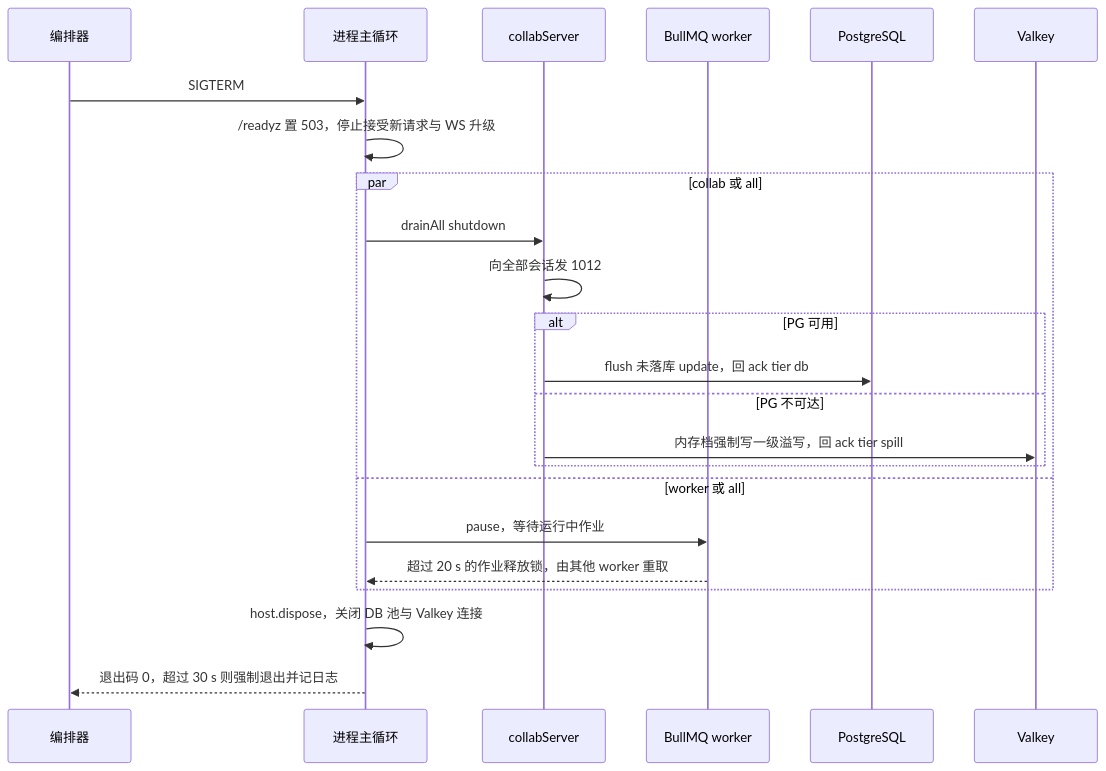
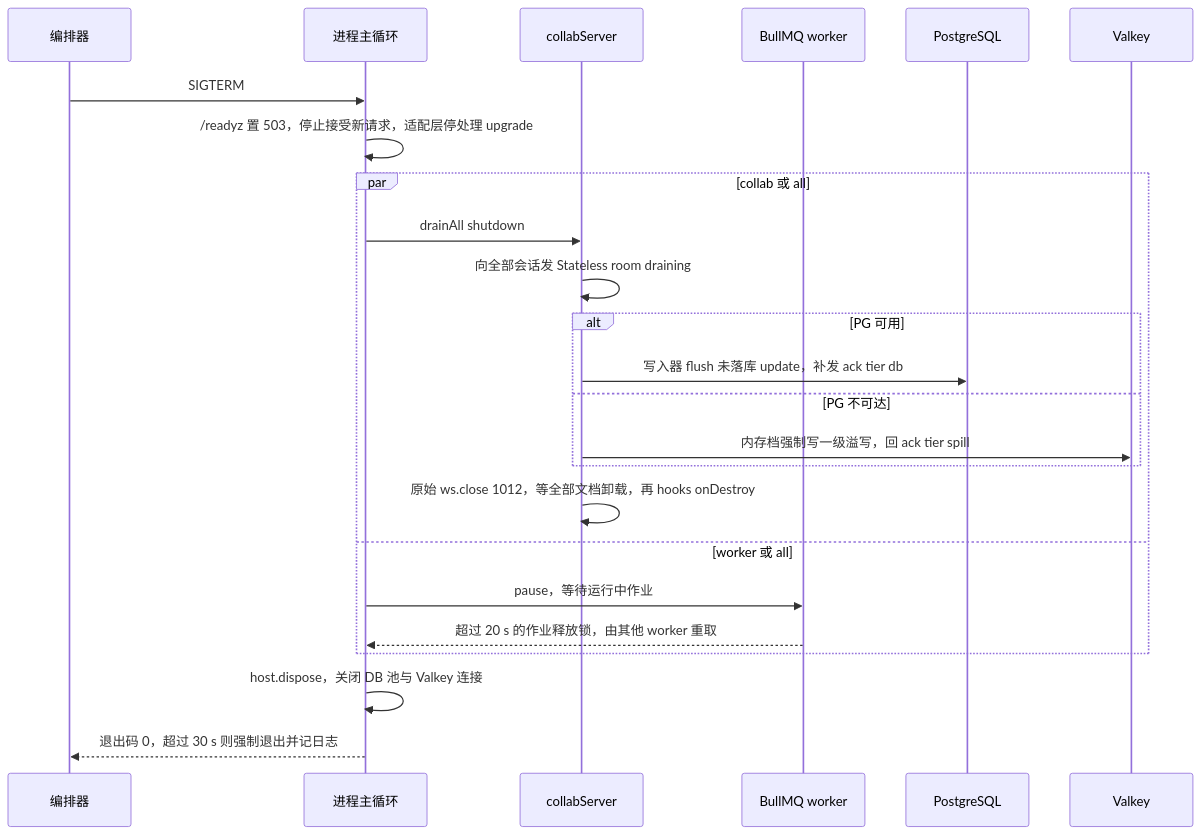
Diagram 15 of 15 in docs/60-backend/01-service-overview-and-roles.md (Xeonice/cordis-ppt-editor), drawn with Mermaid before and after one commit. The commit also changed other lines of this file and 19 other files, not shown here.

````diff
--- a/docs/60-backend/01-service-overview-and-roles.md
+++ b/docs/60-backend/01-service-overview-and-roles.md
@@ -520,25 +855,26 @@
 ```mermaid
 sequenceDiagram
   participant K as 编排器
   participant P as 进程主循环
   participant CS as collabServer
   participant W as BullMQ worker
   participant PG as PostgreSQL
   participant V as Valkey
   K->>P: SIGTERM
-  P->>P: /readyz 置 503，停止接受新请求与 WS 升级
+  P->>P: /readyz 置 503，停止接受新请求，适配层停处理 upgrade
   par collab 或 all
     P->>CS: drainAll shutdown
-    CS->>CS: 向全部会话发 1012
+    CS->>CS: 向全部会话发 Stateless room draining
     alt PG 可用
-      CS->>PG: flush 未落库 update，回 ack tier db
+      CS->>PG: 写入器 flush 未落库 update，补发 ack tier db
     else PG 不可达
       CS->>V: 内存档强制写一级溢写，回 ack tier spill
     end
+    CS->>CS: 原始 ws.close 1012，等全部文档卸载，再 hooks onDestroy
   and worker 或 all
     P->>W: pause，等待运行中作业
     W-->>P: 超过 20 s 的作业释放锁，由其他 worker 重取
   end
   P->>P: host.dispose，关闭 DB 池与 Valkey 连接
   P-->>K: 退出码 0，超过 30 s 则强制退出并记日志
 ```
````
